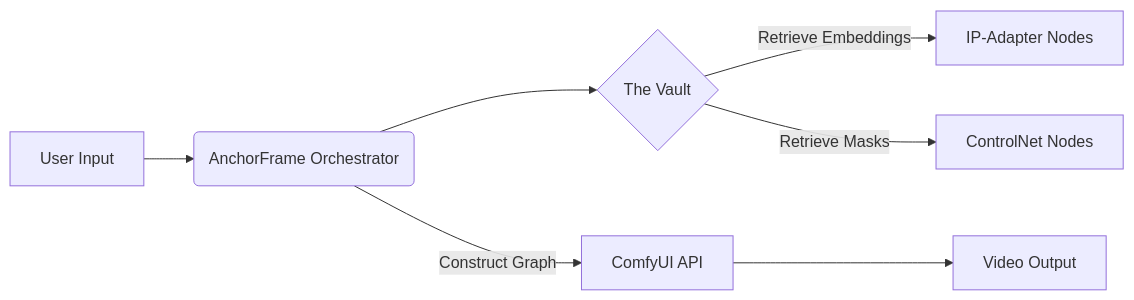
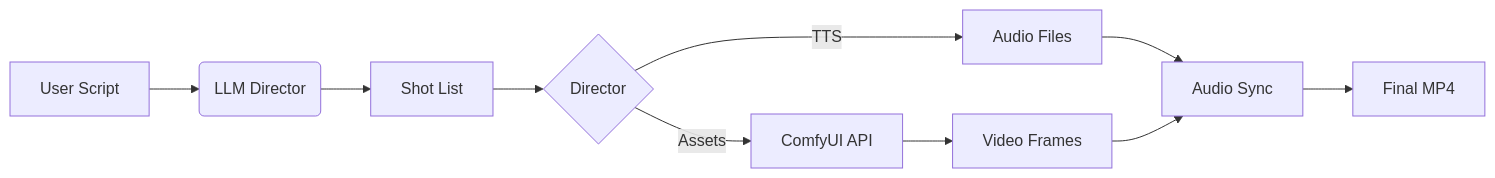
The diagram in README.md (makalin/AnchorFrame), drawn with Mermaid before and after one commit. The commit also changed other lines of this file and 27 other files, not shown here.

````diff
--- a/README.md
+++ b/README.md
@@ -22,9 +88,10 @@
 ```mermaid
 graph LR
-    A[User Input] --> B(AnchorFrame Orchestrator)
-    B --> C{The Vault}
-    C -->|Retrieve Embeddings| D[IP-Adapter Nodes]
-    C -->|Retrieve Masks| E[ControlNet Nodes]
-    B -->|Construct Graph| F[ComfyUI API]
-    F --> G[Video Output]
+    A[User Script] --> B(LLM Director)
+    B --> C[Shot List]
+    C --> D{Director}
+    D -->|TTS| E[Audio Files]
+    D -->|Assets| F[ComfyUI API]
+    F --> G[Video Frames]
+    E & G --> H[Audio Sync] --> I[Final MP4]
 ```
````
